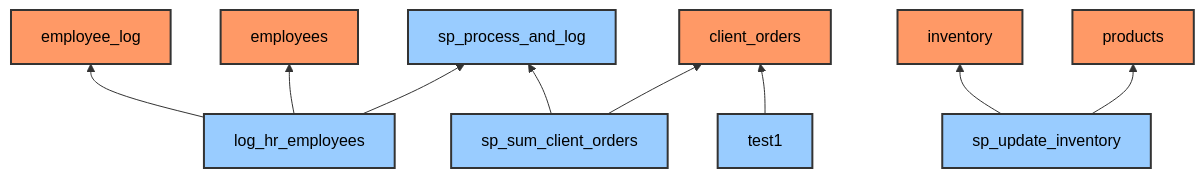
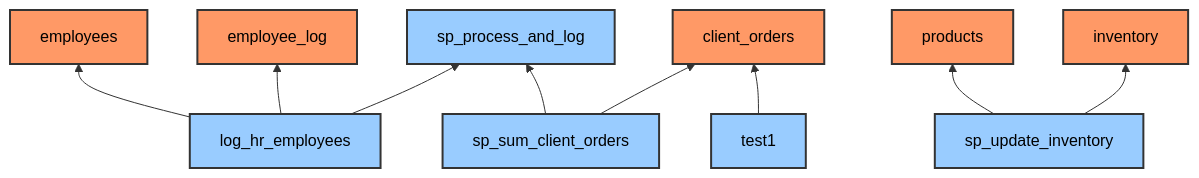
Before and after one commit to 25Jayesh10/Data_Lineage_Analyzer: the diagram in diagrams/lineage.md, drawn with Mermaid. The commit also changed 5 other files, not shown here.

````diff
--- a/diagrams/lineage.md
+++ b/diagrams/lineage.md
@@ -1,16 +1,16 @@
 ```mermaid
 graph BT
     %% Node styles
     classDef table fill:#f96,stroke:#333,stroke-width:2px,color:#000;
     classDef stored_proc fill:#9cf,stroke:#333,stroke-width:2px ,color:#000;
+    log_hr_employees --> employees
     log_hr_employees --> employee_log
-    log_hr_employees --> employees
     sp_sum_client_orders --> client_orders
     test1 --> client_orders
+    sp_update_inventory --> products
     sp_update_inventory --> inventory
-    sp_update_inventory --> products
     log_hr_employees --> sp_process_and_log
     sp_sum_client_orders --> sp_process_and_log
-    class inventory,employee_log,client_orders,products,employees table;
-    class log_hr_employees,sp_process_and_log,sp_sum_client_orders,test1,sp_update_inventory stored_proc;
+    class inventory,client_orders,products,employees,employee_log table;
+    class sp_sum_client_orders,log_hr_employees,sp_process_and_log,sp_update_inventory,test1 stored_proc;
 ```
````
